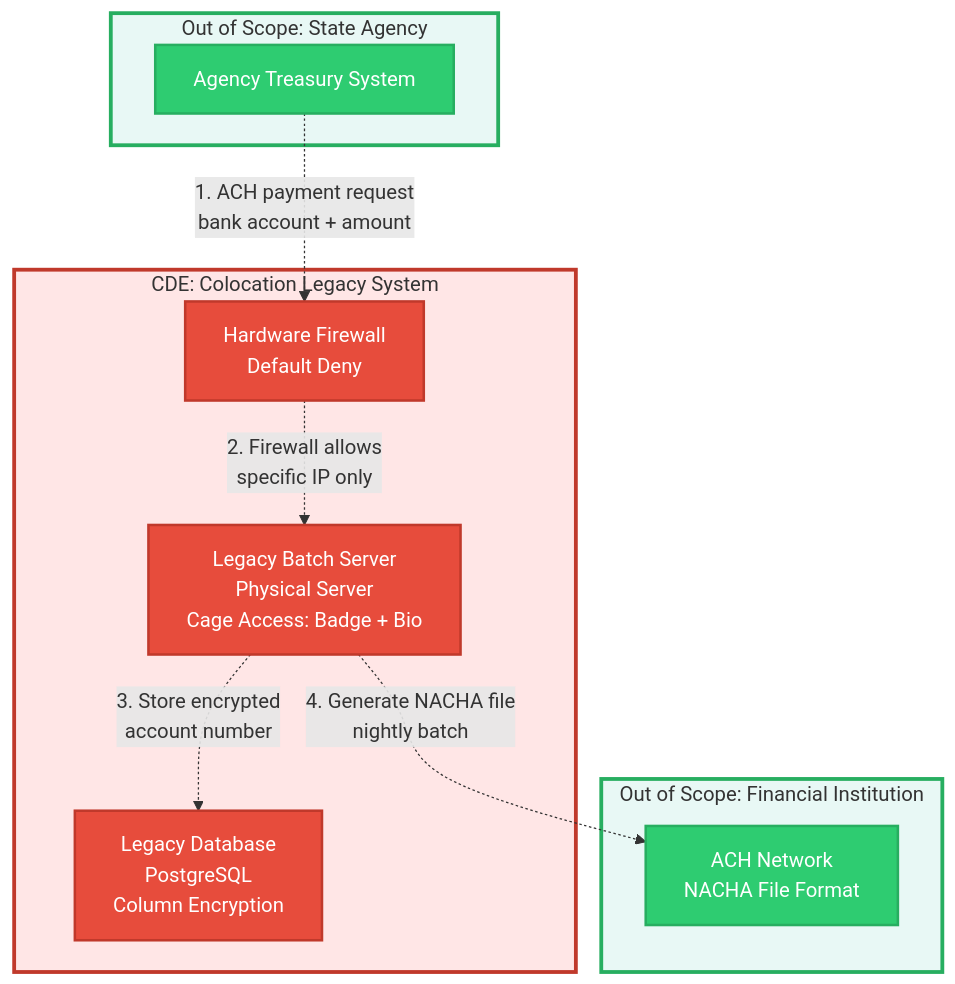
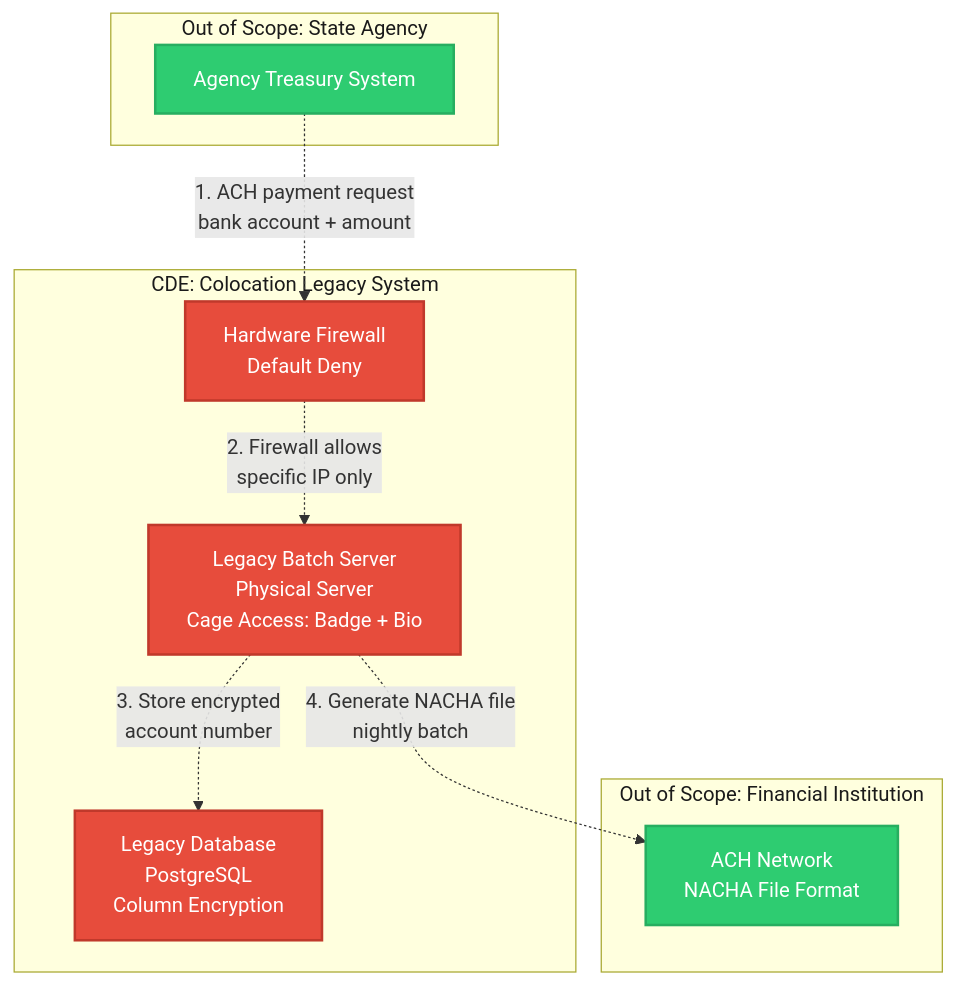
One commit to Josephkamara/audit-defense-portfolio changed the third of 3 diagrams in projects/payment-processor-compliance-program/01-scoping/cardholder-data-flow.md. Above: the diagram before and after it, drawn with Mermaid. The commit also changed other lines of this file, not shown here.

First line of the commit message:
Fix Flow 1 layout and dark theme subgraph titles

````diff
--- a/projects/payment-processor-compliance-program/01-scoping/cardholder-data-flow.md
+++ b/projects/payment-processor-compliance-program/01-scoping/cardholder-data-flow.md
@@ -121,33 +134,37 @@
 ```mermaid
 graph TB
     subgraph agency3["Out of Scope: State Agency"]
         A["Agency Treasury System"]
     end
     
     subgraph colo["CDE: Colocation Legacy System"]
         D["Hardware Firewall<br/>Default Deny"]
         B["Legacy Batch Server<br/>Physical Server<br/>Cage Access: Badge + Bio"]
         C["Legacy Database<br/>PostgreSQL<br/>Column Encryption"]
     end
     
     subgraph ach["Out of Scope: Financial Institution"]
         E["ACH Network<br/>NACHA File Format"]
     end
     
     A -.->|"1. ACH payment request<br/>bank account + amount"| D
     D -.->|"2. Firewall allows<br/>specific IP only"| B
     B -.->|"3. Store encrypted<br/>account number"| C
     B -.->|"4. Generate NACHA file<br/>nightly batch"| E
     
     classDef cdeNode fill:#e74c3c,stroke:#c0392b,stroke-width:2px,color:#fff
     classDef outOfScopeNode fill:#2ecc71,stroke:#27ae60,stroke-width:2px,color:#fff
     
     class B,C,D cdeNode
     class A,E outOfScopeNode
     
     classDef cdeSubgraph fill:#ffe6e6,stroke:#c0392b,stroke-width:3px
     classDef outOfScopeSubgraph fill:#e8f8f5,stroke:#27ae60,stroke-width:3px
     
     class colo cdeSubgraph
     class agency3,ach outOfScopeSubgraph
+    
+    style agency3 color:#1a1a1a
+    style colo color:#1a1a1a
+    style ach color:#1a1a1a
 ```
````
